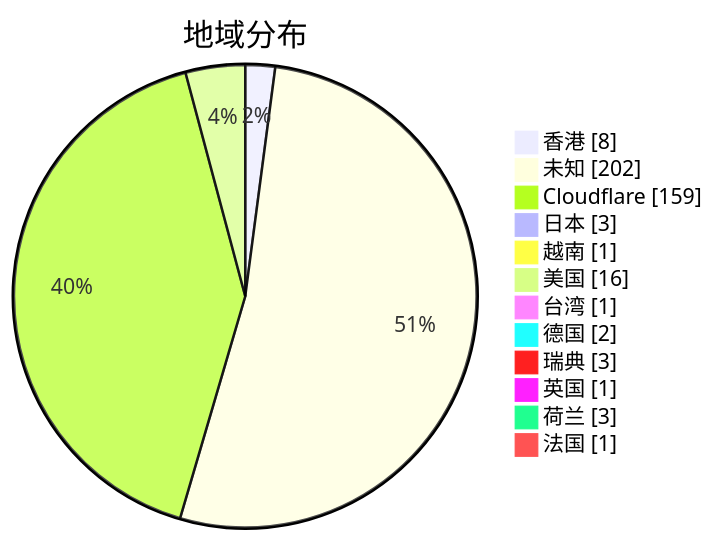
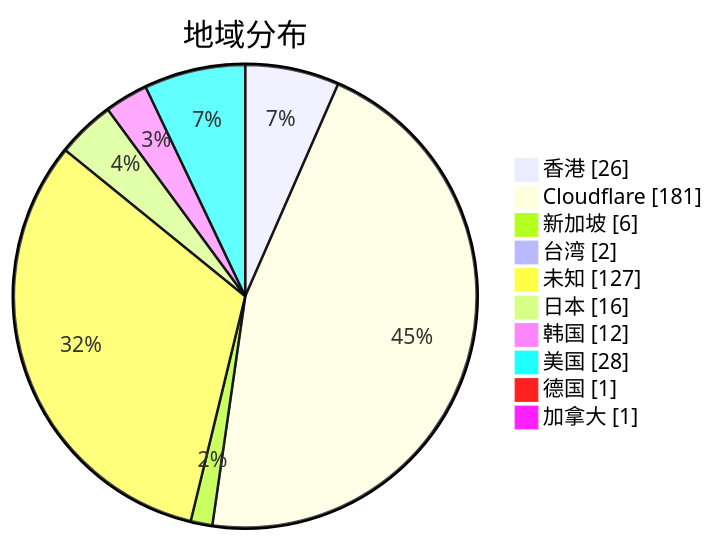
The second of 3 diagrams in subs/statistics/tested_within.md (qjlxg/airport), drawn with Mermaid before and after one commit. The commit also changed other lines of this file and 2 other files, not shown here.

````diff
--- a/subs/statistics/tested_within.md
+++ b/subs/statistics/tested_within.md
@@ -13,16 +13,14 @@
 ```mermaid
 pie showData
 title 地域分布
-"香港" : 8
-"未知" : 202
-"Cloudflare" : 159
-"日本" : 3
-"越南" : 1
-"美国" : 16
-"台湾" : 1
-"德国" : 2
-"瑞典" : 3
-"英国" : 1
-"荷兰" : 3
-"法国" : 1
+"香港" : 26
+"Cloudflare" : 181
+"新加坡" : 6
+"台湾" : 2
+"未知" : 127
+"日本" : 16
+"韩国" : 12
+"美国" : 28
+"德国" : 1
+"加拿大" : 1
 ```
````
